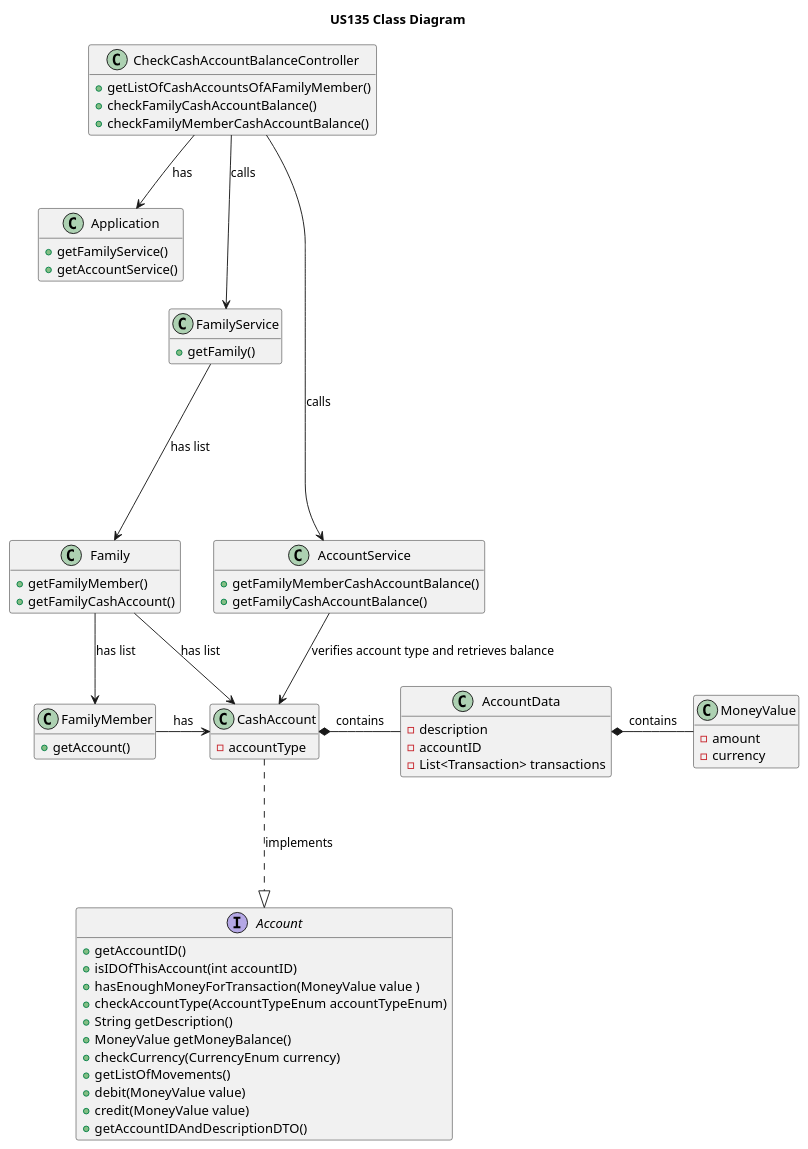
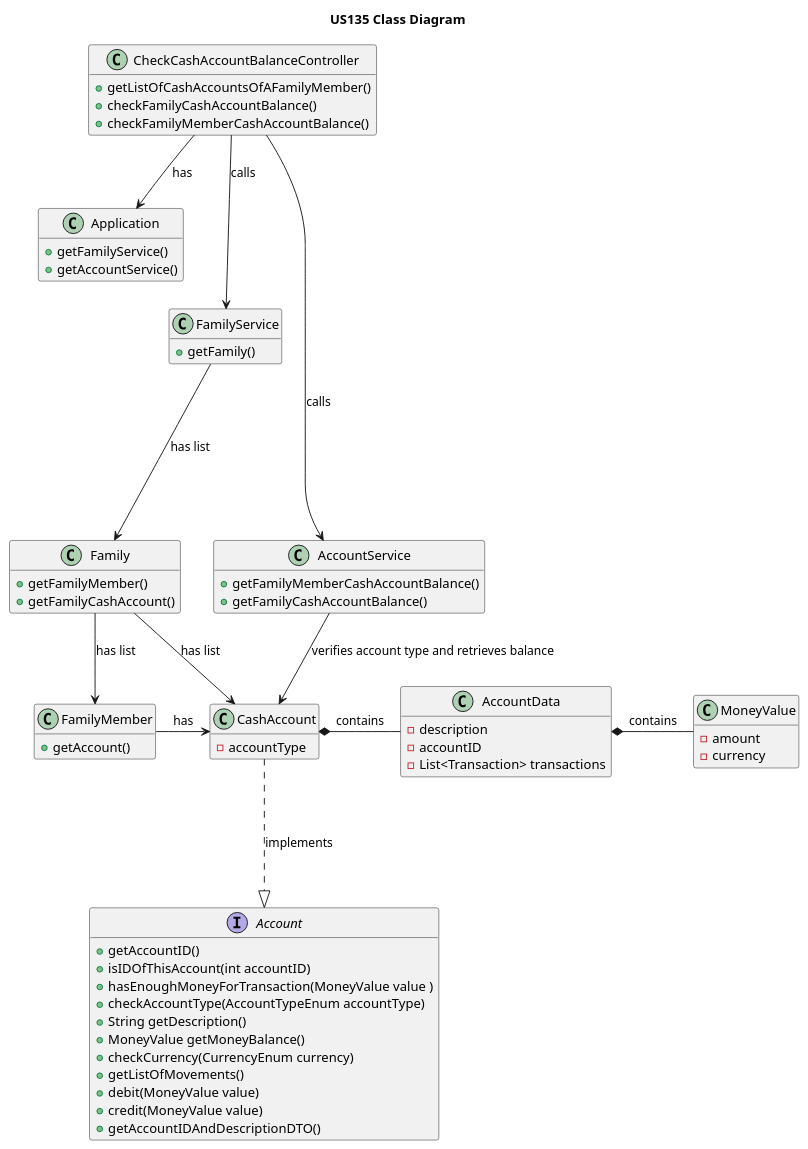
The seventh of 7 diagrams in docs/sprint2/user_stories/US135_CheckFamilyOrFamilyMemberCashAccountBalance.md (tomas-osswald/switch_2020_g3), drawn with PlantUML before and after one commit. The commit also changed 15 other files, not shown here.

Commit message:
removed AccountTypeEnum redundancy

````diff
--- a/docs/sprint2/user_stories/US135_CheckFamilyOrFamilyMemberCashAccountBalance.md
+++ b/docs/sprint2/user_stories/US135_CheckFamilyOrFamilyMemberCashAccountBalance.md
@@ -414,77 +414,77 @@
 ```puml
 
 title US135 Class Diagram
 hide empty members
 
 class CheckCashAccountBalanceController {
 + getListOfCashAccountsOfAFamilyMember()
 + checkFamilyCashAccountBalance()
 + checkFamilyMemberCashAccountBalance()
 }
 
 class Application {
 + getFamilyService()
 + getAccountService()
 }
 
 class CashAccount {
 - accountType
 }
 
 class AccountData {
 - description
 - accountID
 - List<Transaction> transactions
 }
 
 
 class AccountService {
 + getFamilyMemberCashAccountBalance()
 + getFamilyCashAccountBalance()
 }
 
 class FamilyService {
 + getFamily()
 }
 
 class Family {
 + getFamilyMember()
 + getFamilyCashAccount()
 }
 
 class FamilyMember {
 + getAccount()
 }
 
 interface Account {
 + getAccountID()
 + isIDOfThisAccount(int accountID)
 + hasEnoughMoneyForTransaction(MoneyValue value )
-+ checkAccountType(AccountTypeEnum accountTypeEnum)
++ checkAccountType(AccountTypeEnum accountType)
 + String getDescription()
 + MoneyValue getMoneyBalance()
 + checkCurrency(CurrencyEnum currency)
 + getListOfMovements()
 + debit(MoneyValue value)
 + credit(MoneyValue value)
 + getAccountIDAndDescriptionDTO()
 }
 
 class MoneyValue {
 - amount
 - currency
 }
 
 CheckCashAccountBalanceController --> Application : has
 
 CheckCashAccountBalanceController -----> AccountService : calls
 CheckCashAccountBalanceController --> FamilyService : calls
 FamilyService --> Family : has list
 Family --> FamilyMember : has list
 Family --> CashAccount : has list
 FamilyMember -> CashAccount : has
 CashAccount .--|> Account : implements
 CashAccount *- AccountData : contains
 AccountData *- MoneyValue : contains
 AccountService --> CashAccount : verifies account type and retrieves balance
 ```
````
